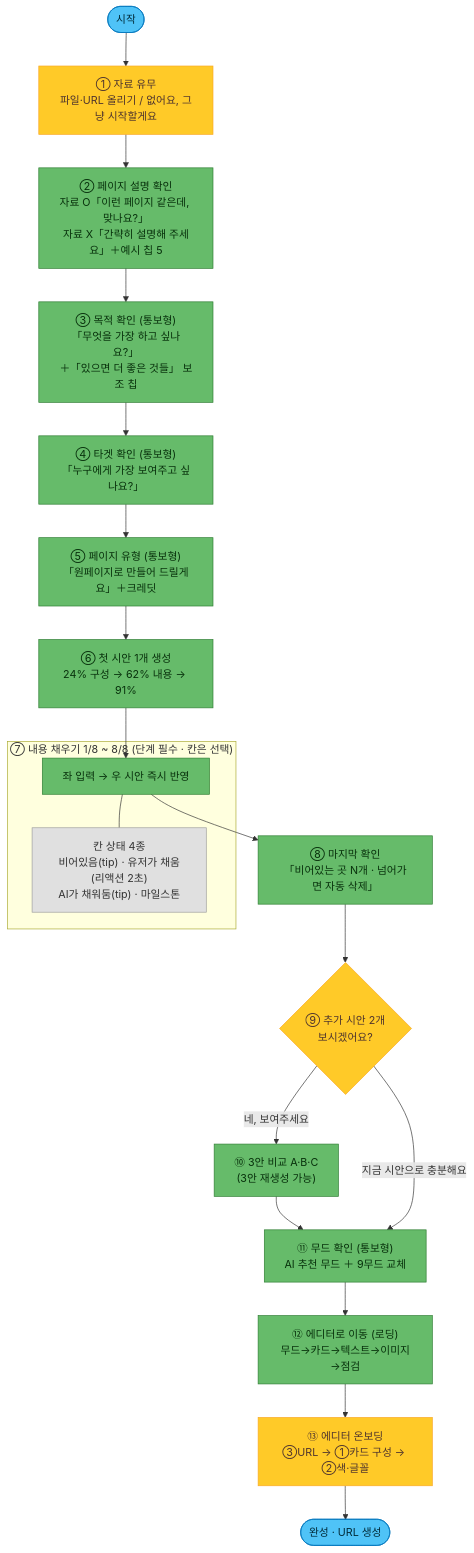
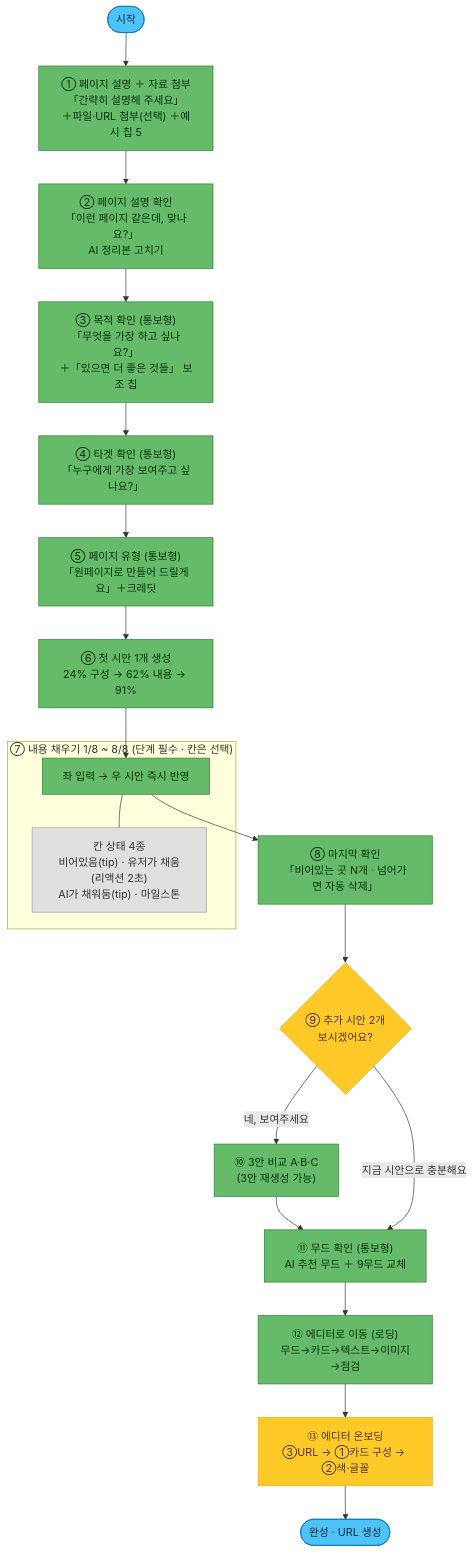
One commit to CdBd-in/cdbd-templates changed the diagram in 4. AI 페이지 빌더/4-2. AI 유저 플로우.md. Above: the diagram before and after it, drawn with Mermaid. The commit also changed other lines of this file and 5 other files, not shown here.

````diff
--- a/4. AI 페이지 빌더/4-2. AI 유저 플로우.md
+++ b/4. AI 페이지 빌더/4-2. AI 유저 플로우.md
@@ -187,33 +189,33 @@
 ```mermaid
 flowchart TD
     Start(["시작"]):::term
-    S1["① 자료 유무<br/>파일·URL 올리기 / 없어요, 그냥 시작할게요"]:::opt
-    S2["② 페이지 설명 확인<br/>자료 O「이런 페이지 같은데, 맞나요?」<br/>자료 X「간략히 설명해 주세요」＋예시 칩 5"]:::req
+    S1["① 페이지 설명 ＋ 자료 첨부<br/>「간략히 설명해 주세요」<br/>＋파일·URL 첨부(선택) ＋예시 칩 5"]:::req
+    S2["② 페이지 설명 확인<br/>「이런 페이지 같은데, 맞나요?」<br/>AI 정리본 고치기"]:::req
     S3["③ 목적 확인 (통보형)<br/>「무엇을 가장 하고 싶나요?」<br/>＋「있으면 더 좋은 것들」 보조 칩"]:::req
     S4["④ 타겟 확인 (통보형)<br/>「누구에게 가장 보여주고 싶나요?」"]:::req
     S5["⑤ 페이지 유형 (통보형)<br/>「원페이지로 만들어 드릴게요」＋크레딧"]:::req
     S6["⑥ 첫 시안 1개 생성<br/>24% 구성 → 62% 내용 → 91%"]:::req
     subgraph P7["⑦ 내용 채우기 1/8 ~ 8/8 (단계 필수 · 칸은 선택)"]
         F1["좌 입력 → 우 시안 즉시 반영"]:::req
         F2["칸 상태 4종<br/>비어있음(tip) · 유저가 채움(리액션 2초)<br/>AI가 채워둠(tip) · 마일스톤"]:::sub
         F1 --- F2
     end
     S8["⑧ 마지막 확인<br/>「비어있는 곳 N개 · 넘어가면 자동 삭제」"]:::req
     S9{"⑨ 추가 시안 2개<br/>보시겠어요?"}:::opt
     S10["⑩ 3안 비교 A·B·C<br/>(3안 재생성 가능)"]:::req
     S11["⑪ 무드 확인 (통보형)<br/>AI 추천 무드 ＋ 9무드 교체"]:::req
     S12["⑫ 에디터로 이동 (로딩)<br/>무드→카드→텍스트→이미지→점검"]:::req
     S13["⑬ 에디터 온보딩<br/>③URL → ①카드 구성 → ②색·글꼴"]:::opt
     Done(["완성 · URL 생성"]):::term
 
     Start --> S1 --> S2 --> S3 --> S4 --> S5 --> S6 --> F1
     F1 --> S8 --> S9
     S9 -- "네, 보여주세요" --> S10 --> S11
     S9 -- "지금 시안으로 충분해요" --> S11
     S11 --> S12 --> S13 --> Done
 
     classDef term fill:#4FC3F7,stroke:#0277BD,color:#012B39;
     classDef opt fill:#FFCA28,stroke:#F9A825,color:#4E342E;
     classDef req fill:#66BB6A,stroke:#2E7D32,color:#08310C;
     classDef sub fill:#E0E0E0,stroke:#9E9E9E,color:#333333;
 ```
````
